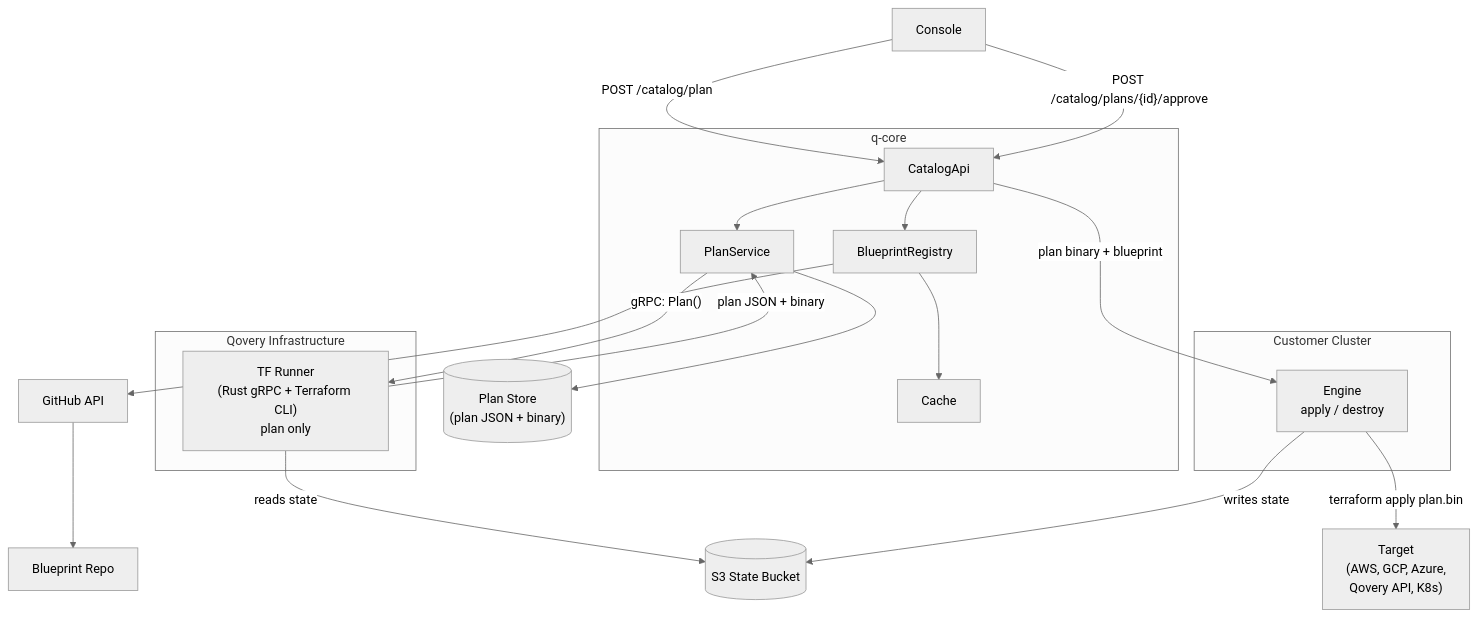
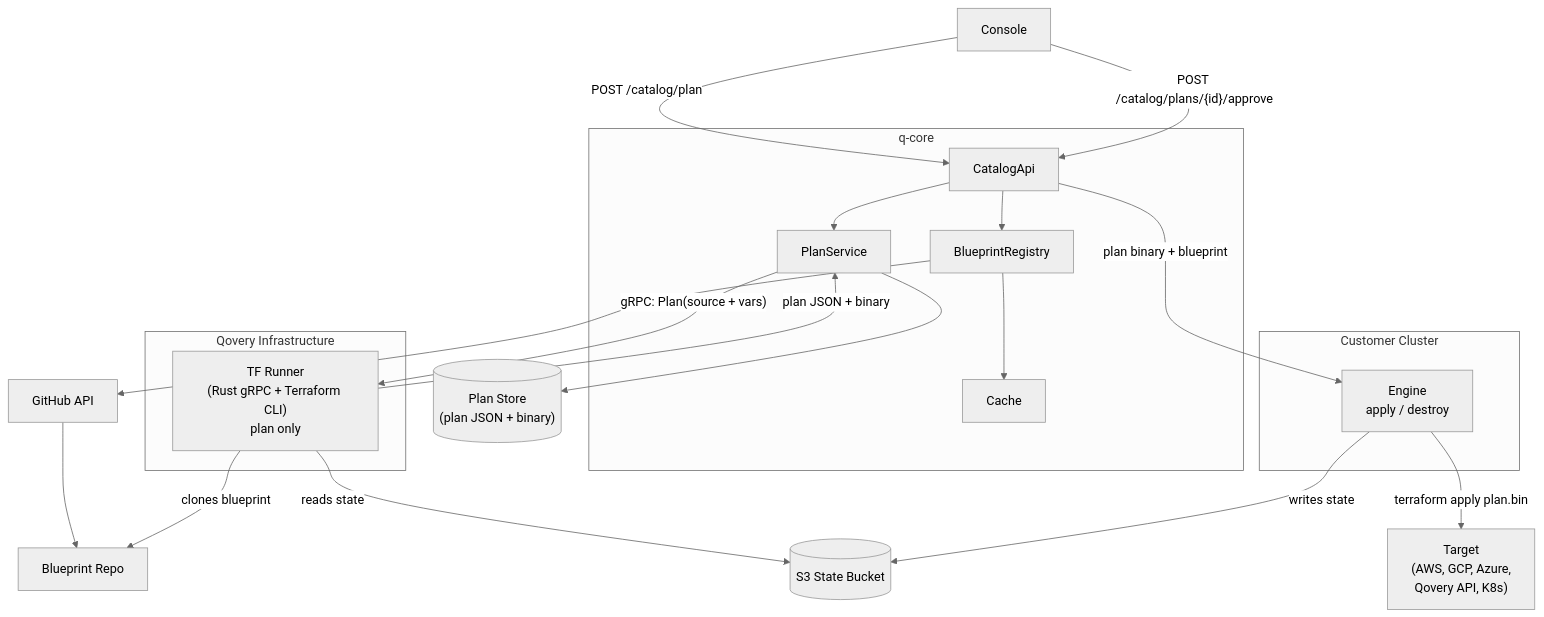
Before and after one commit to Astach/service-catalog: the first of 3 diagrams in v2/DESIGN.md, drawn with Mermaid (neutral theme). The commit also changed other lines of this file and 7 other files, not shown here.

Commit message:
mimic engine flow

````diff
--- a/v2/DESIGN.md
+++ b/v2/DESIGN.md
@@ -17,40 +17,41 @@
 ```mermaid
 graph TB
     Console["Console"]
 
     subgraph qcore["q-core"]
         CatalogApi["CatalogApi"]
         PlanService["PlanService"]
         BlueprintRegistry["BlueprintRegistry"]
         Cache["Cache"]
     end
 
     subgraph qovery_infra["Qovery Infrastructure"]
         TfRunner["TF Runner<br/>(Rust gRPC + Terraform CLI)<br/>plan only"]
     end
 
     subgraph customer["Customer Cluster"]
         Engine["Engine<br/>apply / destroy"]
     end
 
     S3State[("S3 State Bucket")]
     GitHub["GitHub API"]
     Repo["Blueprint Repo"]
     PlanStore[("Plan Store<br/>(plan JSON + binary)")]
     Target["Target<br/>(AWS, GCP, Azure,<br/>Qovery API, K8s)"]
 
     Console -->|"POST /catalog/plan"| CatalogApi
     CatalogApi --> BlueprintRegistry
     BlueprintRegistry --> Cache
     BlueprintRegistry --> GitHub --> Repo
     CatalogApi --> PlanService
 
-    PlanService -->|"gRPC: Plan()"| TfRunner
+    PlanService -->|"gRPC: Plan(source + vars)"| TfRunner
+    TfRunner -->|"clones blueprint"| Repo
     TfRunner -->|"reads state"| S3State
     TfRunner -->|"plan JSON + binary"| PlanService --> PlanStore
 
     Console -->|"POST /catalog/plans/{id}/approve"| CatalogApi
     CatalogApi -->|"plan binary + blueprint"| Engine
     Engine -->|"terraform apply plan.bin"| Target
     Engine -->|"writes state"| S3State
 ```
````
